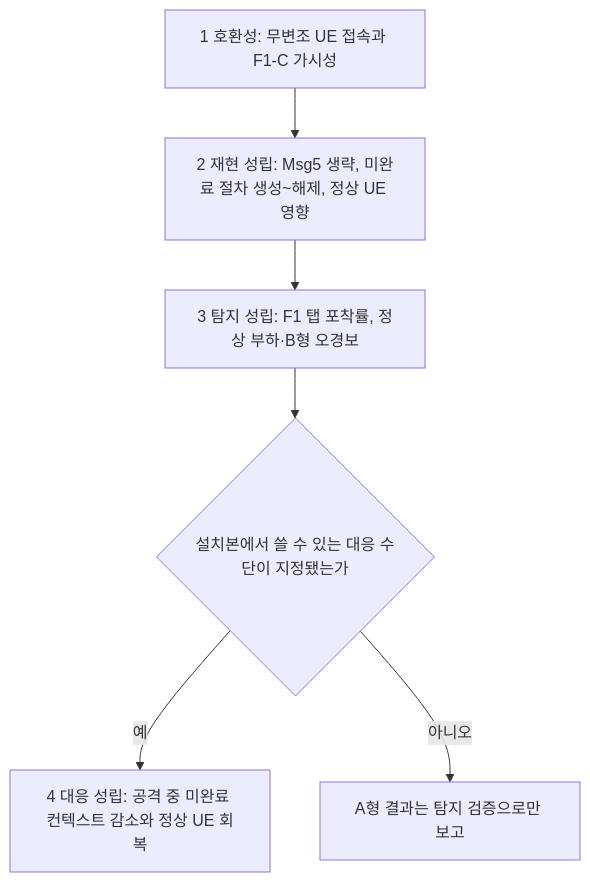
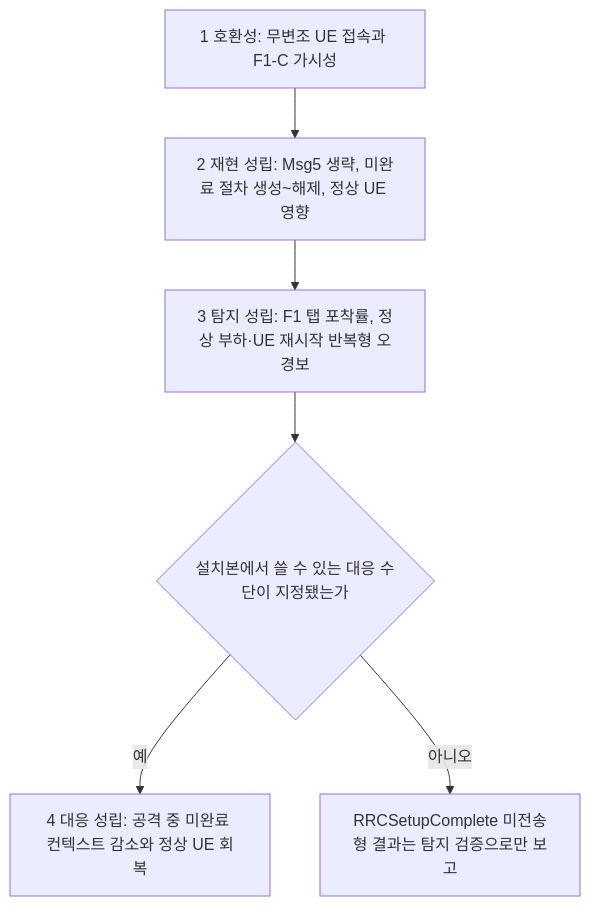
One commit to portranproject/ran-attack-reproducers changed the third of 3 diagrams in methodology.md. Above: the diagram before and after it, drawn with Mermaid. The commit also changed other lines of this file and 115 other files, not shown here.

````diff
--- a/methodology.md
+++ b/methodology.md
@@ -284,8 +302,8 @@
 ```mermaid
 flowchart TD
   G1["1 호환성: 무변조 UE 접속과 F1-C 가시성"] --> G2["2 재현 성립: Msg5 생략, 미완료 절차 생성~해제, 정상 UE 영향"]
-  G2 --> G3["3 탐지 성립: F1 탭 포착률, 정상 부하·B형 오경보"]
+  G2 --> G3["3 탐지 성립: F1 탭 포착률, 정상 부하·UE 재시작 반복형 오경보"]
   G3 --> Q{"설치본에서 쓸 수 있는 대응 수단이 지정됐는가"}
   Q -->|"예"| G4["4 대응 성립: 공격 중 미완료 컨텍스트 감소와 정상 UE 회복"]
-  Q -->|"아니오"| R["A형 결과는 탐지 검증으로만 보고"]
+  Q -->|"아니오"| R["RRCSetupComplete 미전송형 결과는 탐지 검증으로만 보고"]
 ```
````
